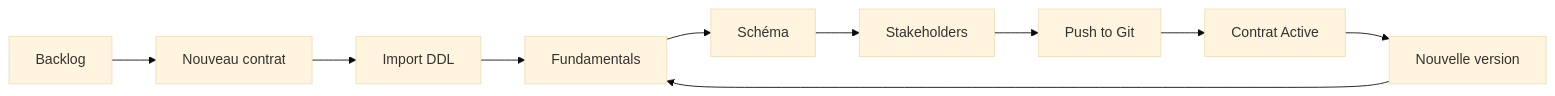
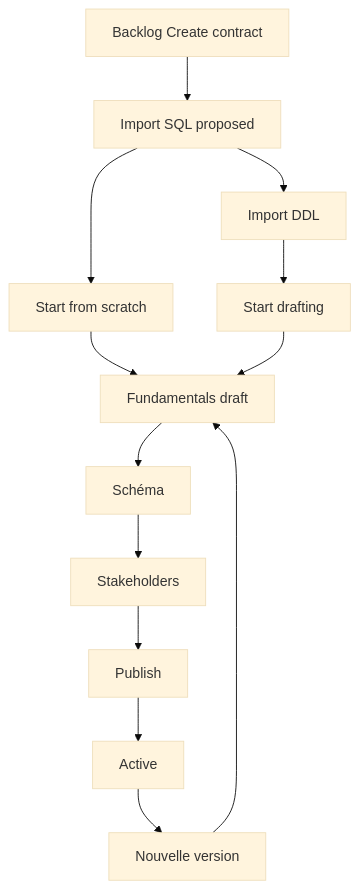
Before and after one commit to picks44/zeenea-dcb: the diagram in README.md, drawn with Mermaid (base theme). The commit also changed other lines of this file and 15 other files, not shown here.

````diff
--- a/README.md
+++ b/README.md
@@ -108,12 +108,16 @@
 ```mermaid
-flowchart LR
-  A[Backlog] --> B[Nouveau contrat]
-  B --> C[Import DDL]
-  C --> D[Fundamentals]
+flowchart TB
+  A[Backlog Create contract]
+  A --> I[Import SQL proposed]
+  I --> C[Import DDL]
+  I --> S[Start from scratch]
+  S --> D[Fundamentals draft]
+  C --> SD[Start drafting]
+  SD --> D
   D --> E[Schéma]
   E --> F[Stakeholders]
-  F --> G[Push to Git]
-  G --> H[Contrat Active]
-  H --> I[Nouvelle version]
-  I --> D
+  F --> G[Publish]
+  G --> H[Active]
+  H --> NV[Nouvelle version]
+  NV --> D
 ```
````
